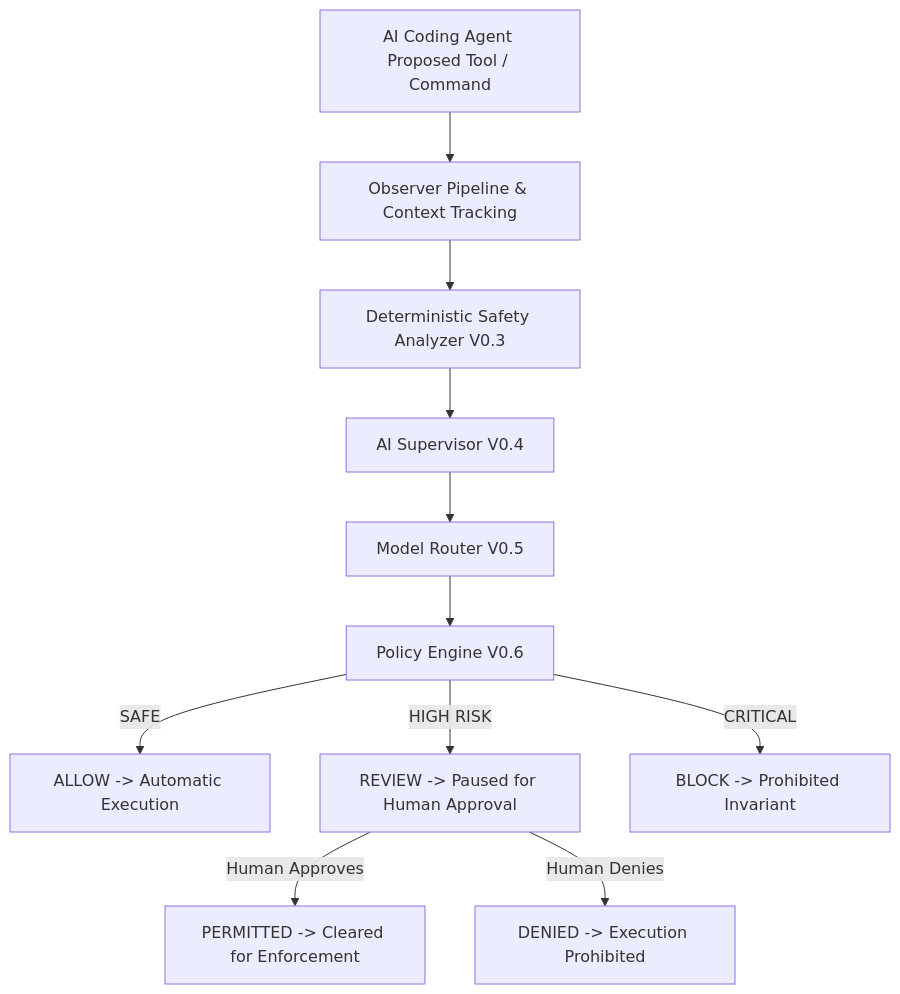
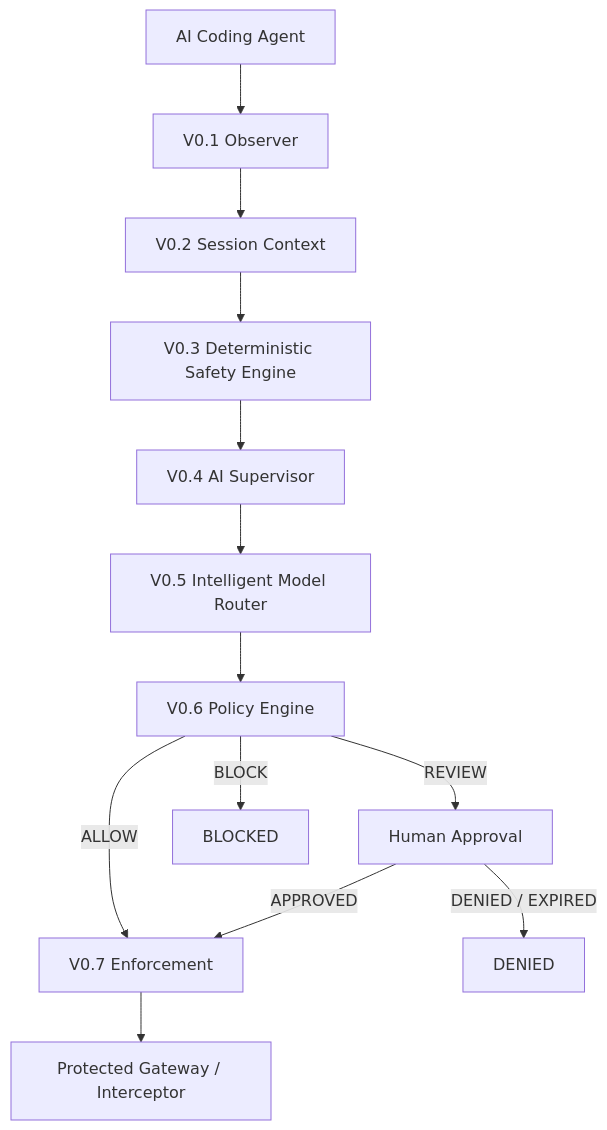
The diagram in README.md (rohithb2007/Aegis), drawn with Mermaid before and after one commit. The commit also changed other lines of this file, not shown here.

````diff
--- a/README.md
+++ b/README.md
@@ -31,15 +60,29 @@
 ```mermaid
 flowchart TD
-    Agent[AI Coding Agent Proposed Tool / Command] --> Obs[Observer Pipeline & Context Tracking]
-    Obs --> Safety[Deterministic Safety Analyzer V0.3]
-    Safety --> AI[AI Supervisor V0.4]
-    AI --> Router[Model Router V0.5]
-    Router --> Policy[Policy Engine V0.6]
-    
-    Policy -->|SAFE| Allow[ALLOW -> Automatic Execution]
-    Policy -->|HIGH RISK| Review[REVIEW -> Paused for Human Approval]
-    Policy -->|CRITICAL| Block[BLOCK -> Prohibited Invariant]
-    
-    Review -->|Human Approves| Permitted[PERMITTED -> Cleared for Enforcement]
-    Review -->|Human Denies| Denied[DENIED -> Execution Prohibited]
+    Agent["AI Coding Agent"]
+    Observer["V0.1 Observer"]
+    Context["V0.2 Session Context"]
+    Safety["V0.3 Deterministic Safety Engine"]
+    Supervisor["V0.4 AI Supervisor"]
+    Router["V0.5 Intelligent Model Router"]
+    Policy["V0.6 Policy Engine"]
+    Approval["Human Approval"]
+    Enforcement["V0.7 Enforcement"]
+    Gateway["Protected Gateway / Interceptor"]
+
+    Agent --> Observer
+    Observer --> Context
+    Context --> Safety
+    Safety --> Supervisor
+    Supervisor --> Router
+    Router --> Policy
+
+    Policy -->|ALLOW| Enforcement
+    Policy -->|REVIEW| Approval
+    Policy -->|BLOCK| Block["BLOCKED"]
+
+    Approval -->|APPROVED| Enforcement
+    Approval -->|DENIED / EXPIRED| Denied["DENIED"]
+
+    Enforcement --> Gateway
 ```
````
